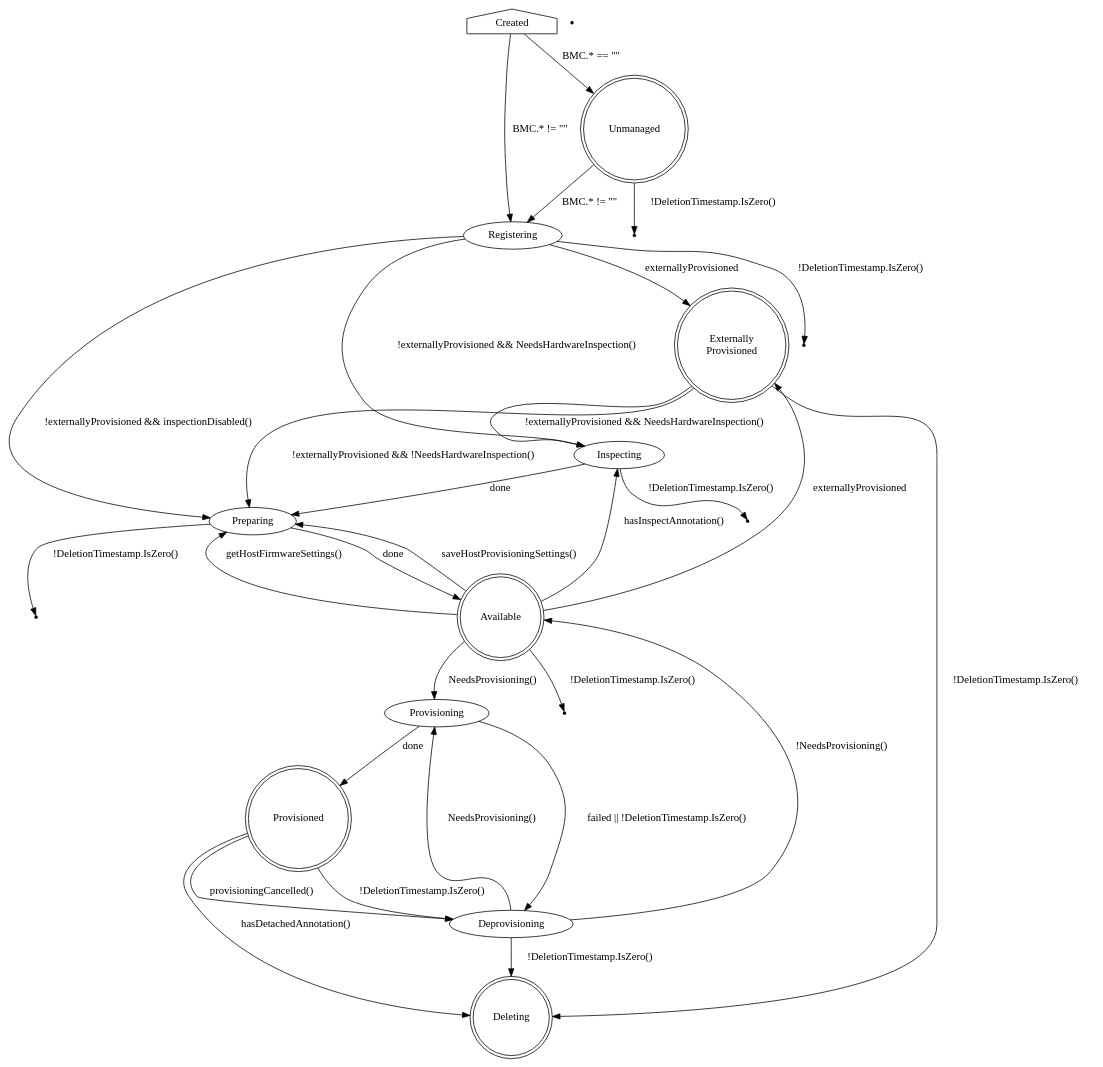
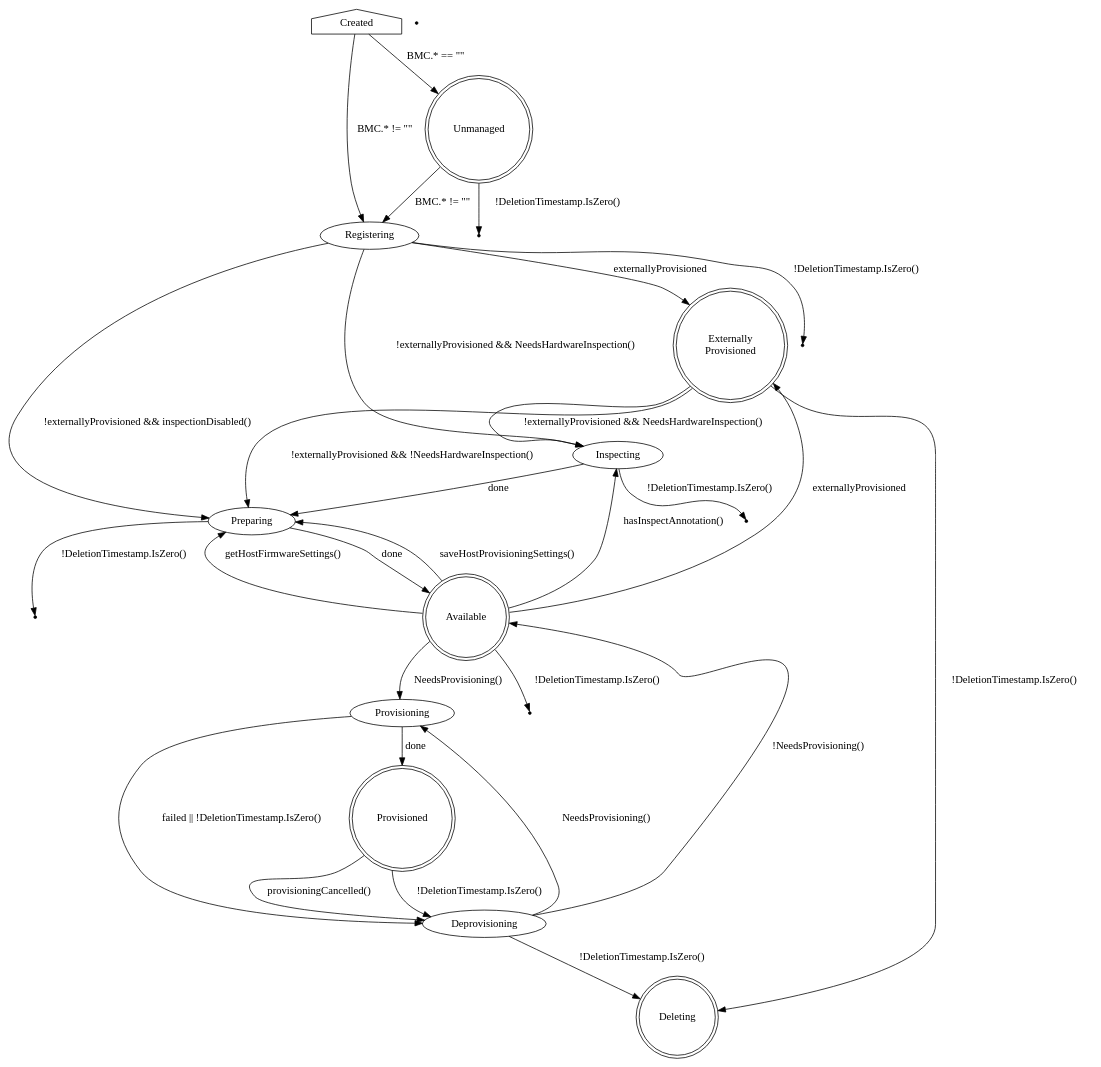
One commit to metal3-io/baremetal-operator changed the diagram in docs/BaremetalHost_ProvisioningState.dot. Above: the diagram before and after it, drawn with Graphviz. The commit also changed 1 other file, not shown here.

```diff
--- a/docs/BaremetalHost_ProvisioningState.dot
+++ b/docs/BaremetalHost_ProvisioningState.dot
@@ -1,62 +1,61 @@
 digraph BaremetalHost {
     Created [shape=house]
     Created -> Unmanaged [label="BMC.* == \"\""]
     Created -> Registering [label="BMC.* != \"\""]
 
     Unmanaged [shape=doublecircle]
     Unmanaged -> Registering [label="BMC.* != \"\""]
     Unmanaged -> Deleting1 [label="!DeletionTimestamp.IsZero()"]
 
     Deleting1 [shape=point]
 
     ExternallyProvisioned [label="Externally\nProvisioned"]
 
     Registering -> Inspecting [label="!externallyProvisioned && NeedsHardwareInspection()"]
     Registering -> Preparing [label="!externallyProvisioned && inspectionDisabled()"]
     Registering -> ExternallyProvisioned [label="externallyProvisioned"]
     Registering -> Deleting2 [label="!DeletionTimestamp.IsZero()"]
 
     Deleting2 [shape=point]
 
     ExternallyProvisioned -> Inspecting [label="!externallyProvisioned && NeedsHardwareInspection()"]
     ExternallyProvisioned -> Preparing [label="!externallyProvisioned && !NeedsHardwareInspection()"]
     Available -> ExternallyProvisioned [label="externallyProvisioned"]
 
     Inspecting -> Preparing [label="done"]
     Inspecting -> Deleting3 [label="!DeletionTimestamp.IsZero()"]
 
     Deleting3 [shape=point]
 
     Deleting5 [shape=point]
 
     Preparing -> Available [label="done"]
     Preparing -> Deleting6 [label="!DeletionTimestamp.IsZero()"]
 
     Deleting6 [shape=point]
 
     Available [shape=doublecircle]
     Available -> Provisioning [label="NeedsProvisioning()"]
     Available -> Preparing [label="saveHostProvisioningSettings()"]
     Available -> Preparing [label="getHostFirmwareSettings()"]
     Available -> Deleting7 [label="!DeletionTimestamp.IsZero()"]
     Available -> Inspecting [label="hasInspectAnnotation()"]
 
     Deleting7 [shape=point]
 
     Provisioning -> Provisioned [label=done]
     Provisioning -> Deprovisioning [label="failed || !DeletionTimestamp.IsZero()"]
 
     Provisioned [shape=doublecircle]
     Provisioned -> Deprovisioning [label="provisioningCancelled()"]
     Provisioned -> Deprovisioning [label="!DeletionTimestamp.IsZero()"]
-    Provisioned -> Deleting [label="hasDetachedAnnotation()"]
 
     ExternallyProvisioned [shape=doublecircle]
     ExternallyProvisioned -> Deleting [label="!DeletionTimestamp.IsZero()"]
 
     Deprovisioning -> Provisioning [label="NeedsProvisioning()"]
     Deprovisioning -> Available [label="!NeedsProvisioning()"]
     Deprovisioning -> Deleting [label="!DeletionTimestamp.IsZero()"]
 
     Deleting [shape=doublecircle]
 }
```
